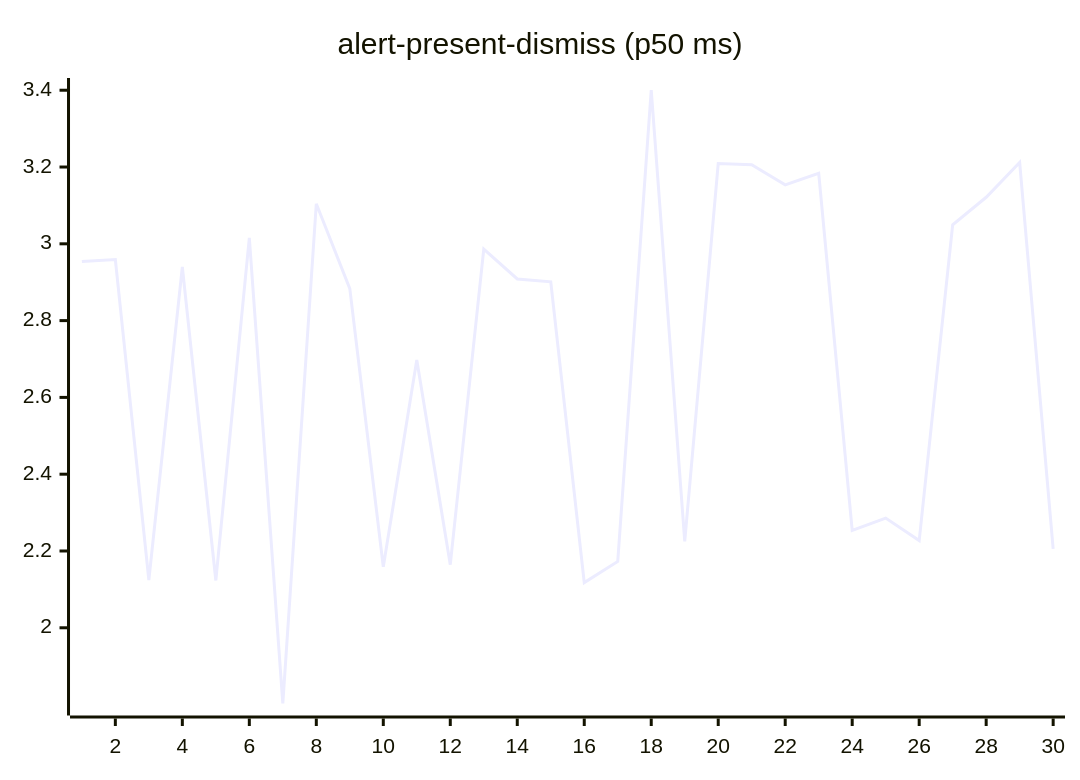
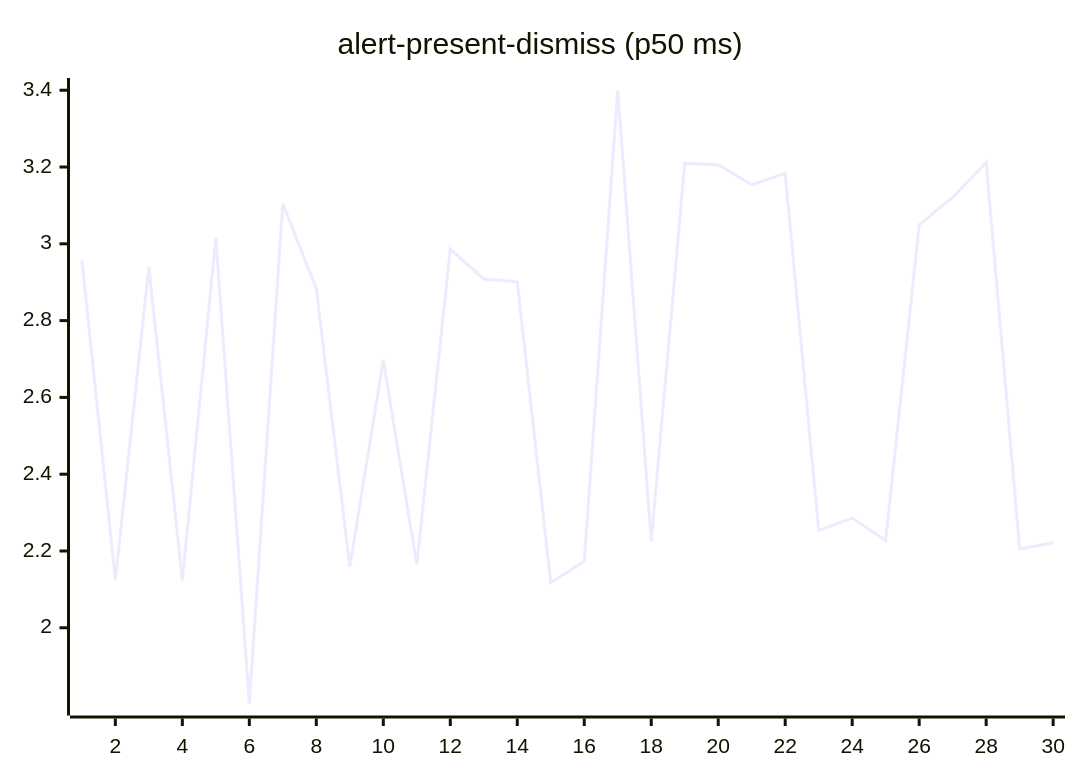
The second of 27 diagrams in README.md (josha/Facet), drawn with Mermaid before and after one commit. The commit also changed other lines of this file and 2 other files, not shown here.

````diff
--- a/README.md
+++ b/README.md
@@ -70,6 +70,6 @@
 ```mermaid
 xychart-beta
     title "alert-present-dismiss (p50 ms)"
     x-axis 1 --> 30
-    line [2.9538, 2.9589, 2.1244, 2.9396, 2.1232, 3.0157, 1.8028, 3.1043, 2.8834, 2.1588, 2.6974, 2.1643, 2.9862, 2.9085, 2.9011, 2.1177, 2.1729, 3.4006, 2.2253, 3.2090, 3.2058, 3.1536, 3.1837, 2.2536, 2.2857, 2.2272, 3.0496, 3.1212, 3.2117, 2.2054]
+    line [2.9589, 2.1244, 2.9396, 2.1232, 3.0157, 1.8028, 3.1043, 2.8834, 2.1588, 2.6974, 2.1643, 2.9862, 2.9085, 2.9011, 2.1177, 2.1729, 3.4006, 2.2253, 3.2090, 3.2058, 3.1536, 3.1837, 2.2536, 2.2857, 2.2272, 3.0496, 3.1212, 3.2117, 2.2054, 2.2216]
 ```
````
